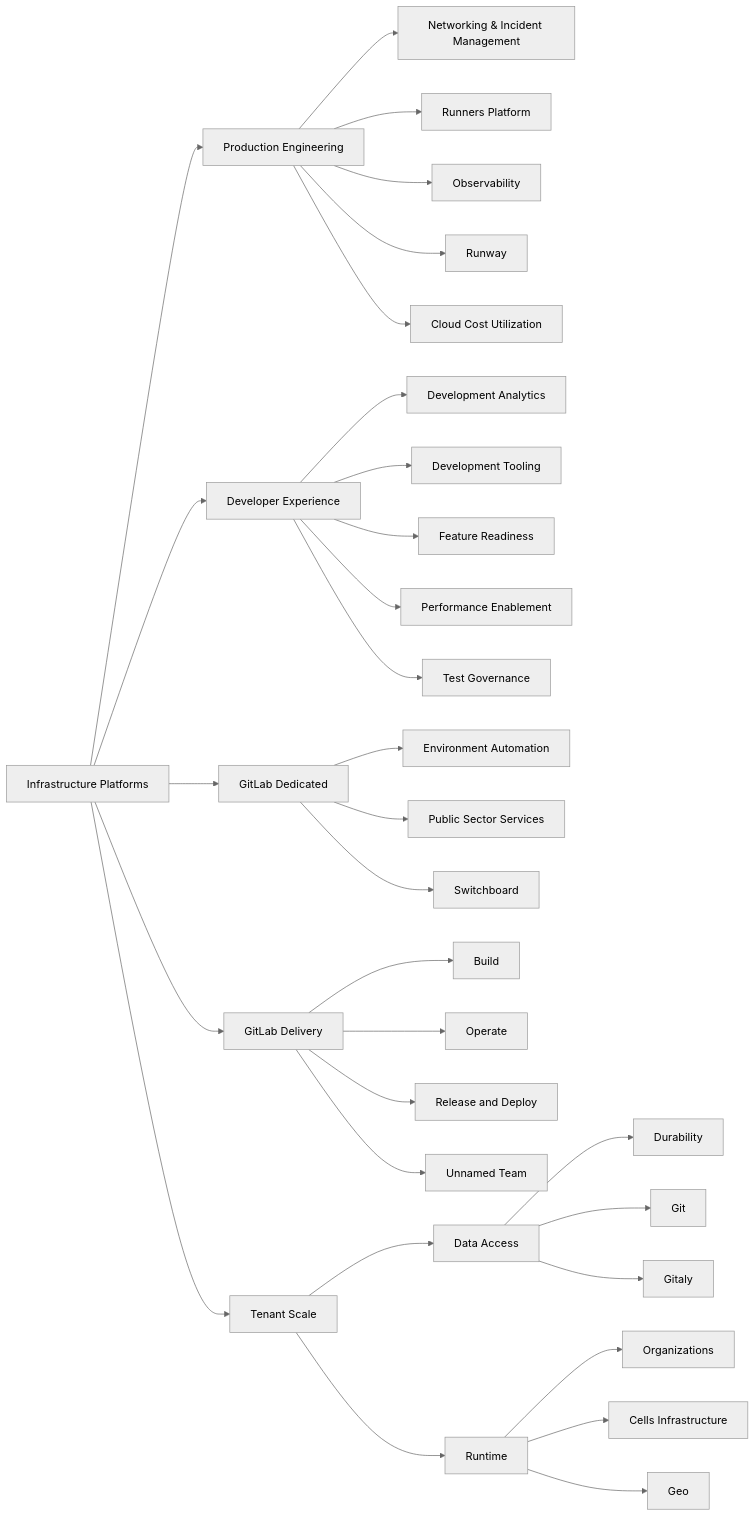
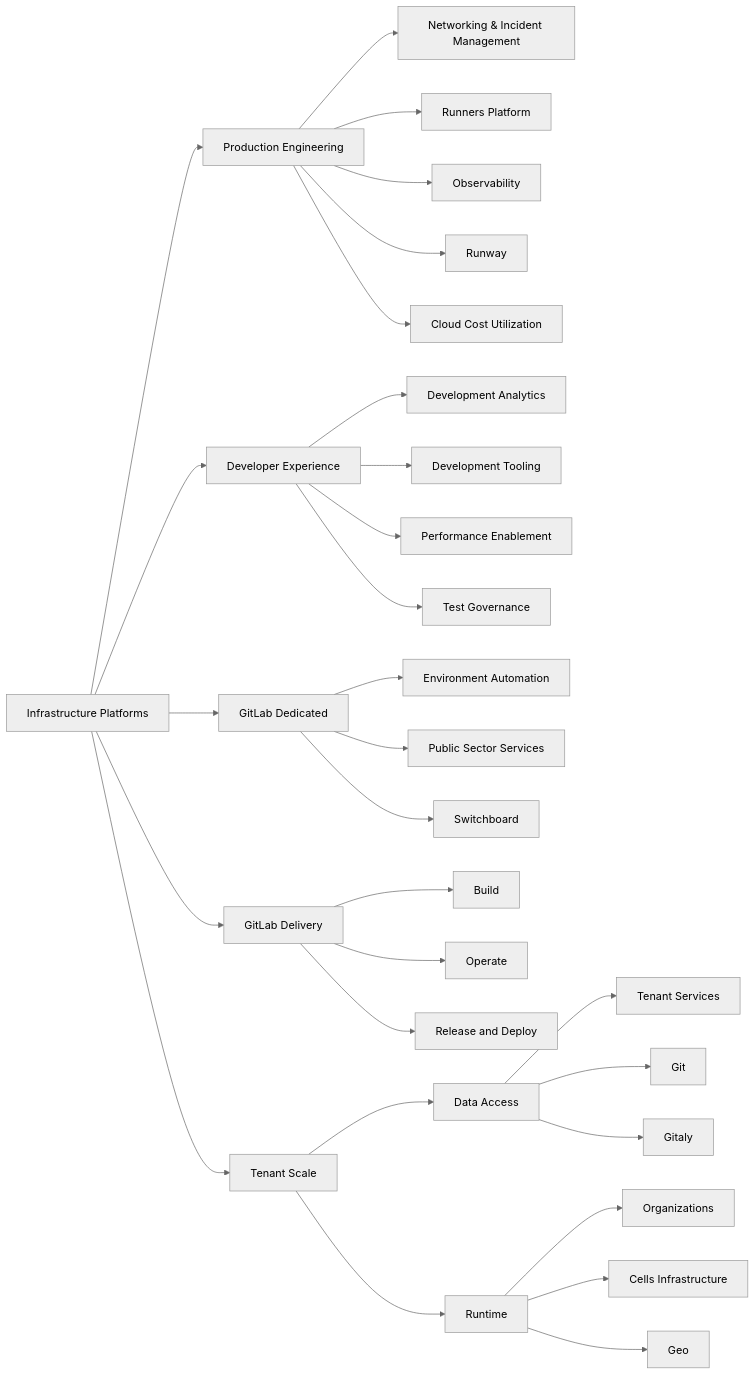
Before and after one commit to kyama0/gitlab-handbook-ja: the diagram in content/handbook/engineering/infrastructure-platforms/_index.md, drawn with Mermaid (neutral theme). The commit also changed other lines of this file and 10 other files, not shown here.

Commit message:
translation: update 10 modified engineering files (readmes + monitoring + infrastructure-platforms)

````diff
--- a/content/handbook/engineering/infrastructure-platforms/_index.md
+++ b/content/handbook/engineering/infrastructure-platforms/_index.md
@@ -37,75 +35,71 @@
 ```mermaid
 flowchart LR
     I[Infrastructure Platforms]
     click I "/handbook/engineering/infrastructure-platforms/"
 
     I --> DE[Developer Experience]
     click DE "/handbook/engineering/infrastructure-platforms/developer-experience/"
 
     I --> GD[GitLab Dedicated]
     click GD "/handbook/engineering/infrastructure-platforms/gitlab-dedicated/"
     I --> PRODENG[Production Engineering]
-    click PRODEND "/handbook/engineering/infrastructure/team/production-engineering/"
+    click PRODEND "/handbook/engineering/infrastructure-platforms/production-engineering/"
     I --> SD[GitLab Delivery]
     click SD "/handbook/engineering/infrastructure-platforms/gitlab-delivery/"
     I --> TS[Tenant Scale]
     click TS "/handbook/engineering/infrastructure-platforms/tenant-scale/"
 
     PRODENG --> NIM[Networking & Incident Management]
-    click Foundations "/handbook/engineering/infrastructure-platforms/production-engineering/networking-and-incident-management/"
+    click NIM "/handbook/engineering/infrastructure-platforms/production-engineering/networking-and-incident-management/"
     PRODENG --> Runners[Runners Platform]
     click Runners "/handbook/engineering/infrastructure-platforms/production-engineering/runners-platform/"
     PRODENG --> Observability
     click Observability "/handbook/engineering/infrastructure-platforms/production-engineering/observability/"
     PRODENG --> Runway
     click Runway "/handbook/engineering/infrastructure-platforms/gitlab-delivery/runway/"
     PRODENG --> CCU[Cloud Cost Utilization]
     click CCU "/handbook/engineering/infrastructure-platforms/production-engineering/cloud-cost-utilization/"
 
     DE --> DevA[Development Analytics]
     click DevA "/handbook/engineering/infrastructure-platforms/developer-experience/development-analytics/"
 
     DE --> DT[Development Tooling]
     click DT "/handbook/engineering/infrastructure-platforms/developer-experience/development-tooling/"
-    DE --> FR[Feature Readiness]
-    click FR "/handbook/engineering/infrastructure-platforms/developer-experience/feature-readiness/"
     DE --> PER[Performance Enablement]
     click PER "/handbook/engineering/infrastructure-platforms/developer-experience/performance-enablement/"
     DE --> TG[Test Governance]
     click TG "/handbook/engineering/infrastructure-platforms/developer-experience/test-governance/"
 
     GD --> E[Environment Automation]
     click E "/handbook/engineering/infrastructure-platforms/gitlab-dedicated/environment-automation/"
     GD --> PSS[Public Sector Services]
     click PSS "/handbook/engineering/infrastructure-platforms/gitlab-dedicated/us-public-sector-services/"
     GD --> Switchboard
     click Switchboard "/handbook/engineering/infrastructure-platforms/gitlab-dedicated/switchboard/"
 
     SD --> B[Build]
     click B "/handbook/engineering/infrastructure-platforms/gitlab-delivery/distribution/"
     SD --> Operate
     click Operate "/handbook/engineering/infrastructure-platforms/gitlab-delivery/operate/"
     SD --> R[Release and Deploy]
     click R "/handbook/engineering/infrastructure-platforms/gitlab-delivery/delivery/"
-    SD --> O[Unnamed Team]
-    click O "/handbook/engineering/infrastructure-platforms/gitlab-delivery/delivery/operate/"
 
     TS --> DA[Data Access]
     click DA "/handbook/engineering/infrastructure-platforms/data-access/"
 
-    DA --> Durability
-    click Durability "/handbook/engineering/infrastructure-platforms/data-access/durability/"
+    DA --> TSV[Tenant Services]
+    click TSV "/handbook/engineering/infrastructure-platforms/tenant-scale/tenant-services/"
     DA --> Git
     click Git "/handbook/engineering/infrastructure-platforms/tenant-scale/git/"
     DA --> Gitaly
     click Gitaly "/handbook/engineering/infrastructure-platforms/tenant-scale/gitaly/"
 
     TS --> RT[Runtime]
     click RT "/handbook/engineering/infrastructure-platforms/tenant-scale/"
     RT --> Organizations
     click Organizations "/handbook/engineering/infrastructure-platforms/tenant-scale/organizations/"
     RT --> CI[Cells Infrastructure]
     click CI "/handbook/engineering/infrastructure-platforms/tenant-scale/cells-infrastructure/"
     RT --> Geo
     click Geo "/handbook/engineering/infrastructure-platforms/tenant-scale/geo/"
 ```
````
